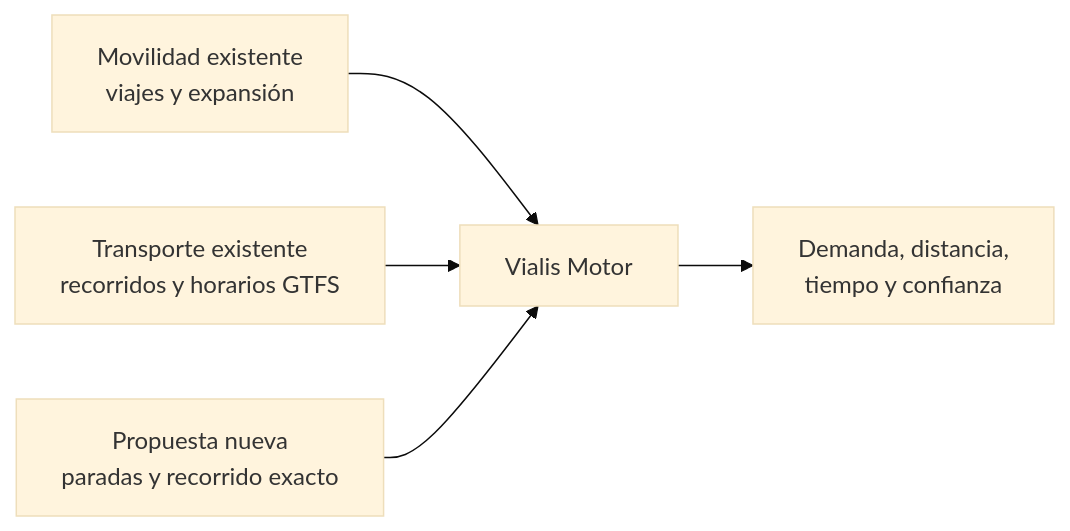
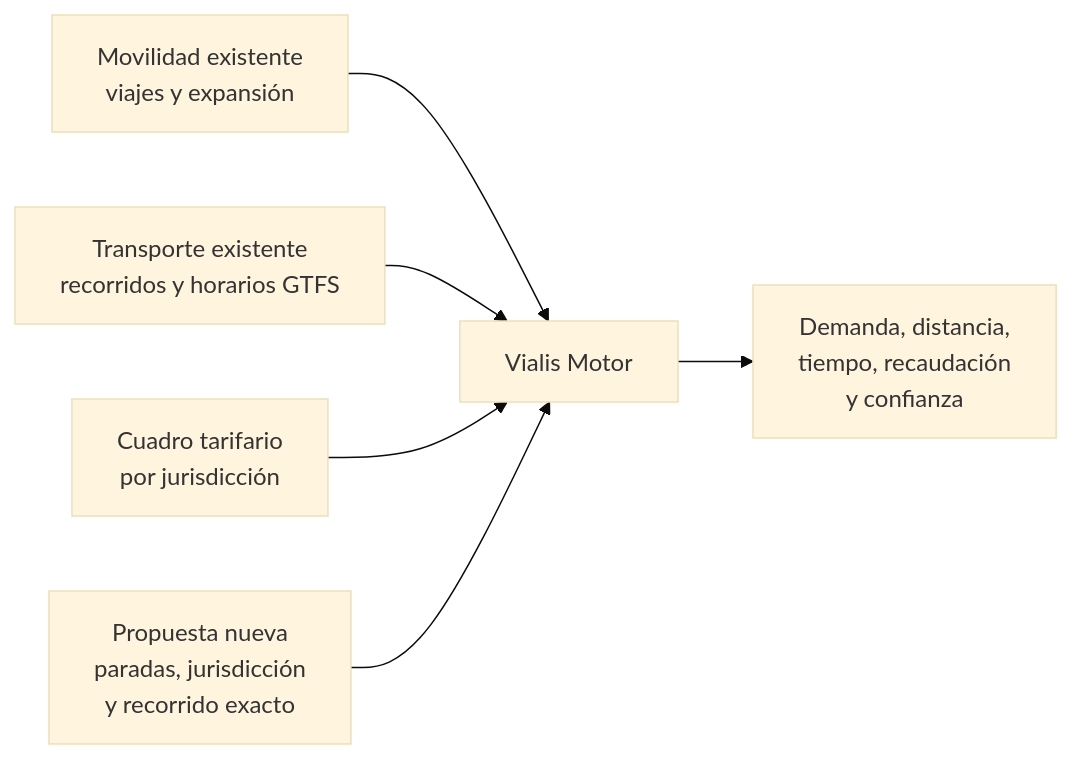
The first of 8 diagrams in docs/arquitectura_motor.md (ManuelGarciaF/motor-vialis), drawn with Mermaid (base theme) before and after one commit. The commit also changed other lines of this file and 25 other files, not shown here.

````diff
--- a/docs/arquitectura_motor.md
+++ b/docs/arquitectura_motor.md
@@ -84,7 +91,8 @@
 ```mermaid
 flowchart LR
     MOV["Movilidad existente<br/>viajes y expansión"] --> MOTOR["Vialis Motor"]
     GTFS["Transporte existente<br/>recorridos y horarios GTFS"] --> MOTOR
-    ROUTE["Propuesta nueva<br/>paradas y recorrido exacto"] --> MOTOR
-    MOTOR --> RESULT["Demanda, distancia,<br/>tiempo y confianza"]
+    TARIFAS["Cuadro tarifario<br/>por jurisdicción"] --> MOTOR
+    ROUTE["Propuesta nueva<br/>paradas, jurisdicción<br/>y recorrido exacto"] --> MOTOR
+    MOTOR --> RESULT["Demanda, distancia,<br/>tiempo, recaudación<br/>y confianza"]
 ```
````
